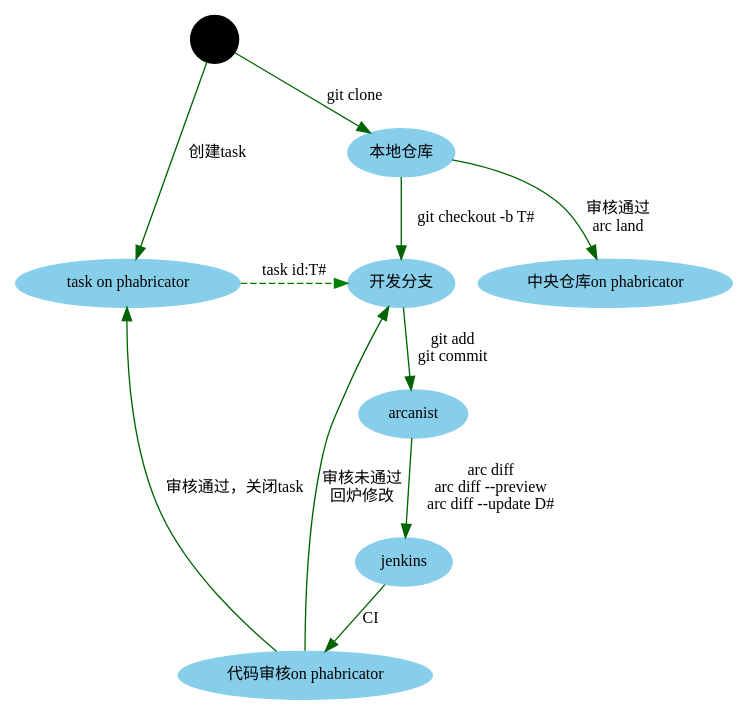
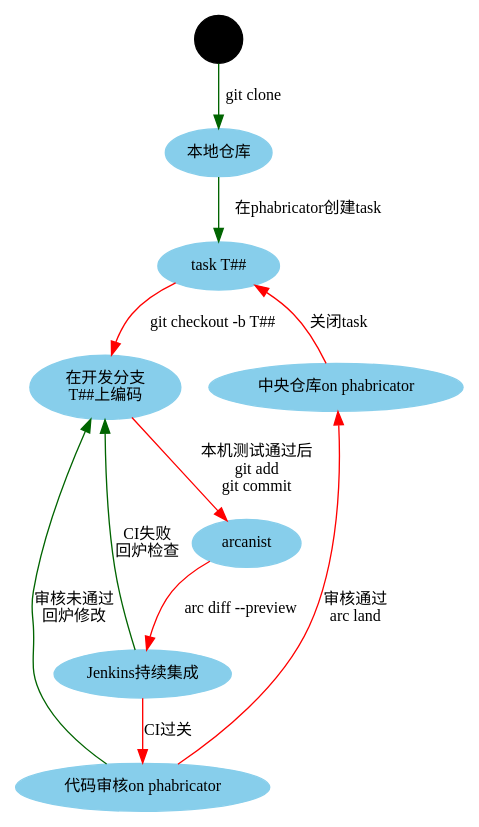
Before and after one commit to subaochen/blog: the diagram in imgs/project-management/devel-workflow.dot, drawn with Graphviz. The commit also changed 17 other files, not shown here.

```diff
--- a/imgs/project-management/devel-workflow.dot
+++ b/imgs/project-management/devel-workflow.dot
@@ -1,28 +1,28 @@
 digraph G {
     //rankdir=LR;
     node[fontsize=12,style="filled",color="skyblue"];
     edge[fontsize=12,color="darkgreen"];
     begin[shape="circle", color="black", style="filled", label="",fixedsize="true"];
     local_repo[label="本地仓库"];
-    task[label="task on phabricator"];
-    devel_branch[label="开发分支"];
+    task[label="task T##"];
+    devel_branch[label="在开发分支\nT##上编码"];
     remote_repo[label="中央仓库on phabricator"];
     arcanist[label="arcanist"];
     phabricator[label="代码审核on phabricator"];
-    jenkins;
+    jenkins[label="Jenkins持续集成"];
 
     begin->local_repo[label="git clone"];
-    begin->task[label="创建task"];
-    local_repo->devel_branch[label="git checkout -b T#"];
-    devel_branch->arcanist[label="git add\ngit commit"];
-    arcanist->jenkins[label="arc diff\narc diff --preview\narc diff --update D#"];
-    jenkins->phabricator[label="CI"]
+    local_repo->task[label="在phabricator创建task"];
+    task->devel_branch[label="git checkout -b T##",color="red"];
+    devel_branch->arcanist[label="本机测试通过后\ngit add\ngit commit",color="red"];
+    arcanist->jenkins[label="arc diff --preview",color="red"];
+    jenkins->phabricator[label="CI过关",color="red"];
+    jenkins->devel_branch[label="CI失败\n回炉检查"];
     phabricator->devel_branch[label="审核未通过\n回炉修改"];
-    local_repo->remote_repo[label="审核通过\narc land"];
-    phabricator->task[label="审核通过，关闭task"];
+    phabricator->remote_repo[label="审核通过\narc land",color="red"];
+    remote_repo->task[label="关闭task",color="red"];
 
-    task->devel_branch[label="task id:T#",style="dashed",color="green"];
-
-    {rank=same;devel_branch,task}
+    //task->devel_branch[label="task id:T#",style="dashed",color="green"];
+    {rank=same;devel_branch,remote_repo}
 
 }
```
